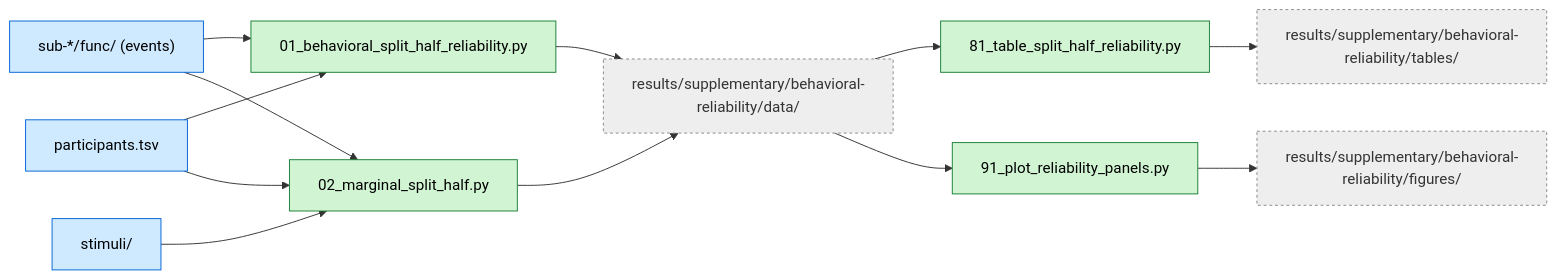
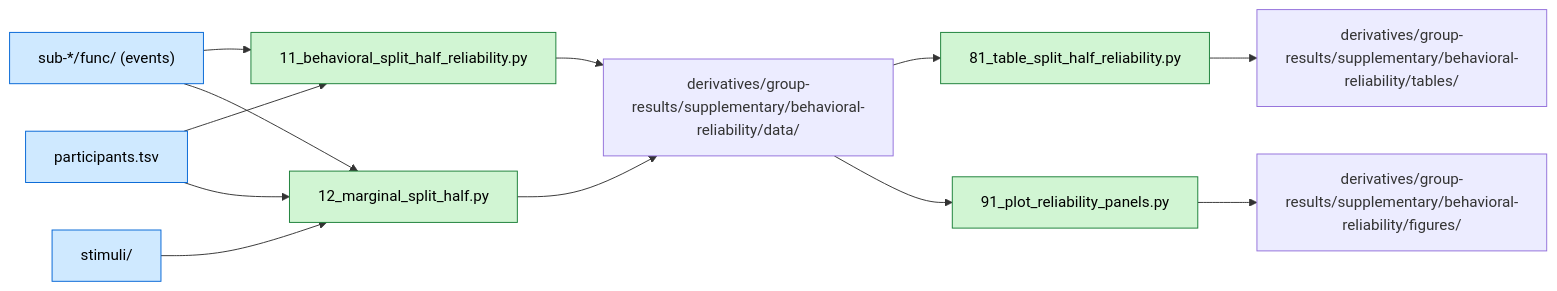
Before and after one commit to costantinoai/chess-expertise-2025: the diagram in chess-supplementary/behavioral-reliability/README.md, drawn with Mermaid. The commit also changed other lines of this file and 59 other files, not shown here.

````diff
--- a/chess-supplementary/behavioral-reliability/README.md
+++ b/chess-supplementary/behavioral-reliability/README.md
@@ -14,27 +14,26 @@
 ```mermaid
 flowchart LR
-  classDef in fill:#cfe9ff,stroke:#0366d6,color:#000
-  classDef sc fill:#d1f5d3,stroke:#1a7f37,color:#000
-  classDef rl fill:#eee,stroke:#888,stroke-dasharray:3 3,color:#333
+ classDef in fill:#cfe9ff,stroke:#0366d6,color:#000
+ classDef sc fill:#d1f5d3,stroke:#1a7f37,color:#000
 
-  PT[participants.tsv]:::in
-  ST[stimuli/]:::in
-  EV["sub-*/func/ (events)"]:::in
+ PT[participants.tsv]:::in
+ ST[stimuli/]:::in
+ EV["sub-*/func/ (events)"]:::in
 
-  S01["01_behavioral_split_half_reliability.py"]:::sc
-  S02["02_marginal_split_half.py"]:::sc
-  S81["81_table_split_half_reliability.py"]:::sc
-  S91["91_plot_reliability_panels.py"]:::sc
-  DATA["results/supplementary/behavioral-reliability/data/"]:::rl
-  TABLES["results/supplementary/behavioral-reliability/tables/"]:::rl
-  FIGURES["results/supplementary/behavioral-reliability/figures/"]:::rl
+ S11["11_behavioral_split_half_reliability.py"]:::sc
+ S12["12_marginal_split_half.py"]:::sc
+ S81["81_table_split_half_reliability.py"]:::sc
+ S91["91_plot_reliability_panels.py"]:::sc
+ DATA["derivatives/group-results/supplementary/behavioral-reliability/data/"]:::out
+ TABLES["derivatives/group-results/supplementary/behavioral-reliability/tables/"]:::out
+ FIGURES["derivatives/group-results/supplementary/behavioral-reliability/figures/"]:::out
 
-  EV --> S01 --> DATA
-  PT --> S01
-  EV --> S02 --> DATA
-  ST --> S02
-  PT --> S02
+ EV --> S11 --> DATA
+ PT --> S11
+ EV --> S12 --> DATA
+ ST --> S12
+ PT --> S12
 
-  DATA --> S81 --> TABLES
-  DATA --> S91 --> FIGURES
+ DATA --> S81 --> TABLES
+ DATA --> S91 --> FIGURES
 ```
````
